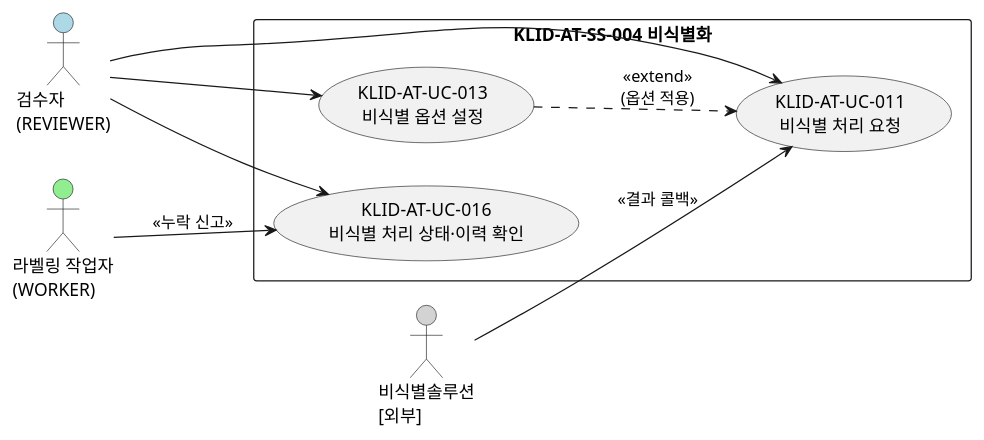
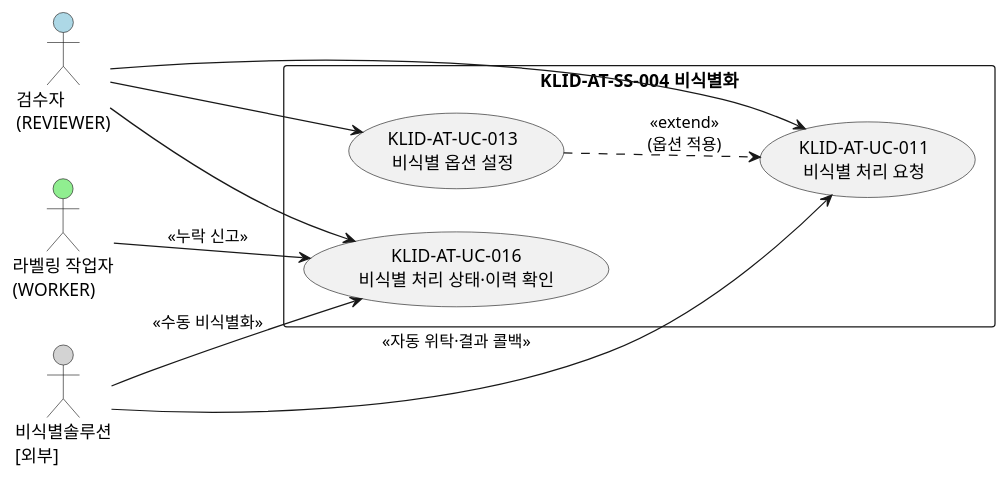
One commit to New-stella/klid-label changed the fourth of 4 diagrams in docs/design/R2-유스케이스명세서.md. Above: the diagram before and after it, drawn with PlantUML. The commit also changed other lines of this file, not shown here.

````diff
--- a/docs/design/R2-유스케이스명세서.md
+++ b/docs/design/R2-유스케이스명세서.md
@@ -149,23 +159,24 @@
 ```plantuml
 @startuml KLID-AT-UCD-004
 left to right direction
 skinparam packageStyle rectangle
 
 actor "검수자\n(REVIEWER)" as REVIEWER #LightBlue
 actor "라벨링 작업자\n(WORKER)" as WORKER #LightGreen
 actor "비식별솔루션\n[외부]" as DEIDENT #LightGray
 
 rectangle "KLID-AT-SS-004 비식별화" {
   usecase "KLID-AT-UC-011\n비식별 처리 요청" as UC011
   usecase "KLID-AT-UC-013\n비식별 옵션 설정" as UC013
   usecase "KLID-AT-UC-016\n비식별 처리 상태·이력 확인" as UC016
 }
 
 REVIEWER --> UC011
 REVIEWER --> UC013
 REVIEWER --> UC016
 WORKER --> UC016 : <<누락 신고>>
-DEIDENT --> UC011 : <<결과 콜백>>
+DEIDENT --> UC011 : <<자동 위탁·결과 콜백>>
+DEIDENT --> UC016 : <<수동 비식별화>>
 UC013 ..> UC011 : <<extend>>\n(옵션 적용)
 @enduml
 ```
````
